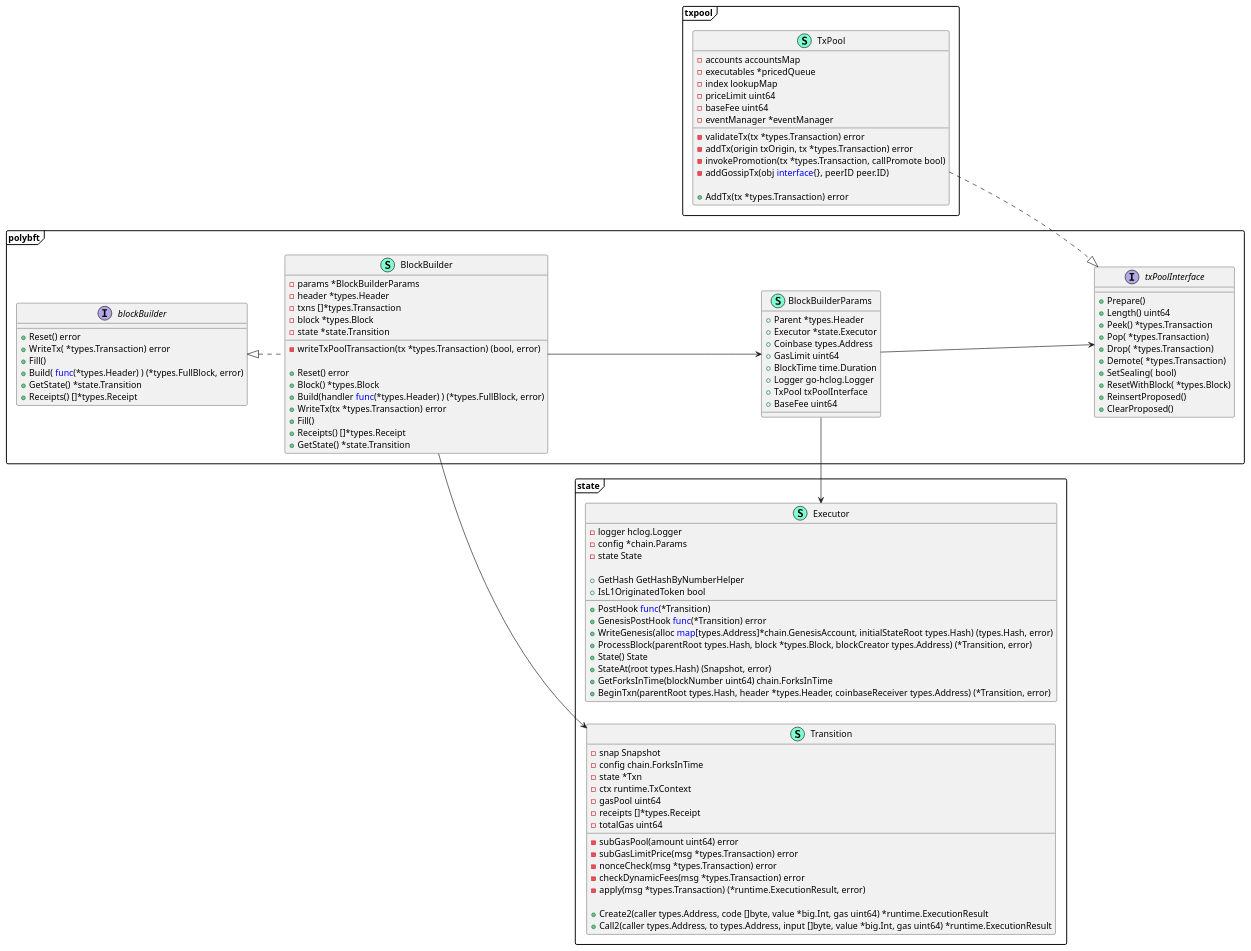
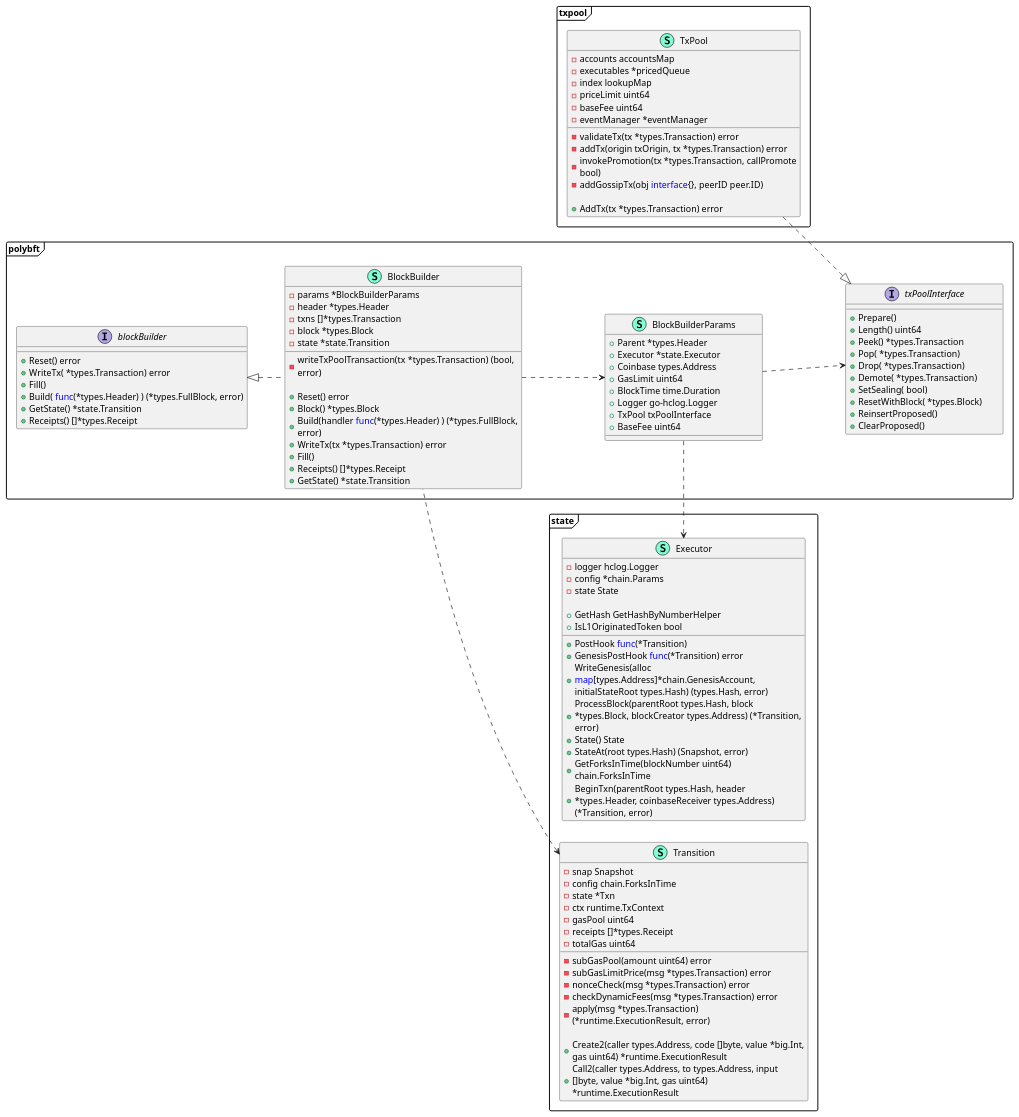
The diagram in consensus/polybft/uml/polybft_block_creation.puml (Ethernal-Tech/blade-legacy), drawn with PlantUML before and after one commit. The commit also changed 15 other files, not shown here.

```diff
--- a/consensus/polybft/uml/polybft_block_creation.puml
+++ b/consensus/polybft/uml/polybft_block_creation.puml
@@ -1,129 +1,137 @@
 @startuml
 skinparam packageStyle frame
 left to right direction
+<style>
+class {
+  MinimumWidth 250
+  MaximumWidth 370
+ 
+}
+</style>
+
 namespace polybft {
     class BlockBuilder << (S,Aquamarine) >> {
         - params *BlockBuilderParams
         - header *types.Header
         - txns []*types.Transaction
         - block *types.Block
         - state *state.Transition
 
         - writeTxPoolTransaction(tx *types.Transaction) (bool, error)
 
         + Reset() error
         + Block() *types.Block
         + Build(handler <font color=blue>func</font>(*types.Header) ) (*types.FullBlock, error)
         + WriteTx(tx *types.Transaction) error
         + Fill() 
         + Receipts() []*types.Receipt
         + GetState() *state.Transition
 
     }
     class BlockBuilderParams << (S,Aquamarine) >> {
         + Parent *types.Header
         + Executor *state.Executor
         + Coinbase types.Address
         + GasLimit uint64
         + BlockTime time.Duration
         + Logger go-hclog.Logger
         + TxPool txPoolInterface
         + BaseFee uint64
 
     }
     
     interface blockBuilder  {
         + Reset() error
         + WriteTx( *types.Transaction) error
         + Fill() 
         + Build( <font color=blue>func</font>(*types.Header) ) (*types.FullBlock, error)
         + GetState() *state.Transition
         + Receipts() []*types.Receipt
 
     }
     
    
     
     interface txPoolInterface  {
         + Prepare() 
         + Length() uint64
         + Peek() *types.Transaction
         + Pop( *types.Transaction) 
         + Drop( *types.Transaction) 
         + Demote( *types.Transaction) 
         + SetSealing( bool) 
         + ResetWithBlock( *types.Block) 
         + ReinsertProposed() 
         + ClearProposed() 
 
     }
 }
 
 namespace txpool {
 
     class TxPool << (S,Aquamarine) >> {
         - accounts accountsMap
         - executables *pricedQueue
         - index lookupMap
         - priceLimit uint64
         - baseFee uint64
         - eventManager *eventManager
         
         - validateTx(tx *types.Transaction) error
         - addTx(origin txOrigin, tx *types.Transaction) error
         - invokePromotion(tx *types.Transaction, callPromote bool) 
         - addGossipTx(obj <font color=blue>interface</font>{}, peerID peer.ID) 
         
         + AddTx(tx *types.Transaction) error
     }
 }
 namespace state{
     
     class Transition << (S,Aquamarine) >> {
         - snap Snapshot
         - config chain.ForksInTime
         - state *Txn
         - ctx runtime.TxContext
         - gasPool uint64
         - receipts []*types.Receipt
         - totalGas uint64
 
         - subGasPool(amount uint64) error
         - subGasLimitPrice(msg *types.Transaction) error
         - nonceCheck(msg *types.Transaction) error
         - checkDynamicFees(msg *types.Transaction) error
         - apply(msg *types.Transaction) (*runtime.ExecutionResult, error)
         
         + Create2(caller types.Address, code []byte, value *big.Int, gas uint64) *runtime.ExecutionResult
         + Call2(caller types.Address, to types.Address, input []byte, value *big.Int, gas uint64) *runtime.ExecutionResult
        
     }
     class Executor << (S,Aquamarine) >> {
         - logger hclog.Logger
         - config *chain.Params
         - state State
 
         + GetHash GetHashByNumberHelper
         + PostHook <font color=blue>func</font>(*Transition) 
         + GenesisPostHook <font color=blue>func</font>(*Transition) error
         + IsL1OriginatedToken bool
 
         + WriteGenesis(alloc <font color=blue>map</font>[types.Address]*chain.GenesisAccount, initialStateRoot types.Hash) (types.Hash, error)
         + ProcessBlock(parentRoot types.Hash, block *types.Block, blockCreator types.Address) (*Transition, error)
         + State() State
         + StateAt(root types.Hash) (Snapshot, error)
         + GetForksInTime(blockNumber uint64) chain.ForksInTime
         + BeginTxn(parentRoot types.Hash, header *types.Header, coinbaseReceiver types.Address) (*Transition, error)
 
     }
 }
 
 "polybft.blockBuilder" <|.. "polybft.BlockBuilder"
 "polybft.txPoolInterface" <|.u. "txpool.TxPool"
-"polybft.BlockBuilderParams" --> "polybft.txPoolInterface"
-"polybft.BlockBuilder" -->  "polybft.BlockBuilderParams"
-"polybft.BlockBuilder" -u->  "state.Transition"
-"polybft.BlockBuilderParams" -r-> "state.Executor"
+"polybft.BlockBuilderParams" ..> "polybft.txPoolInterface"
+"polybft.BlockBuilder" ..> "polybft.BlockBuilderParams"
+"polybft.BlockBuilder" .u.>  "state.Transition"
+"polybft.BlockBuilderParams" .r.> "state.Executor"
 
    
 @enduml
```
